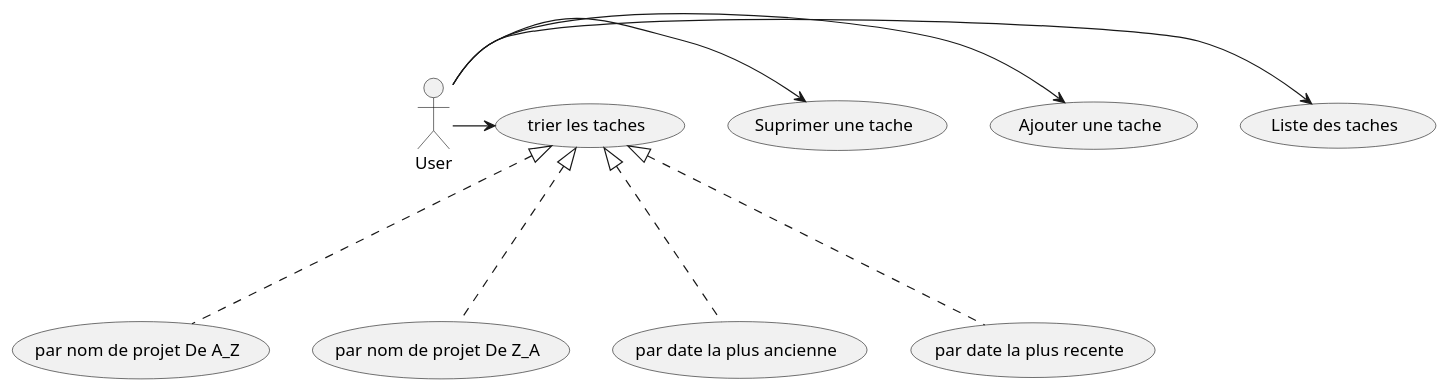
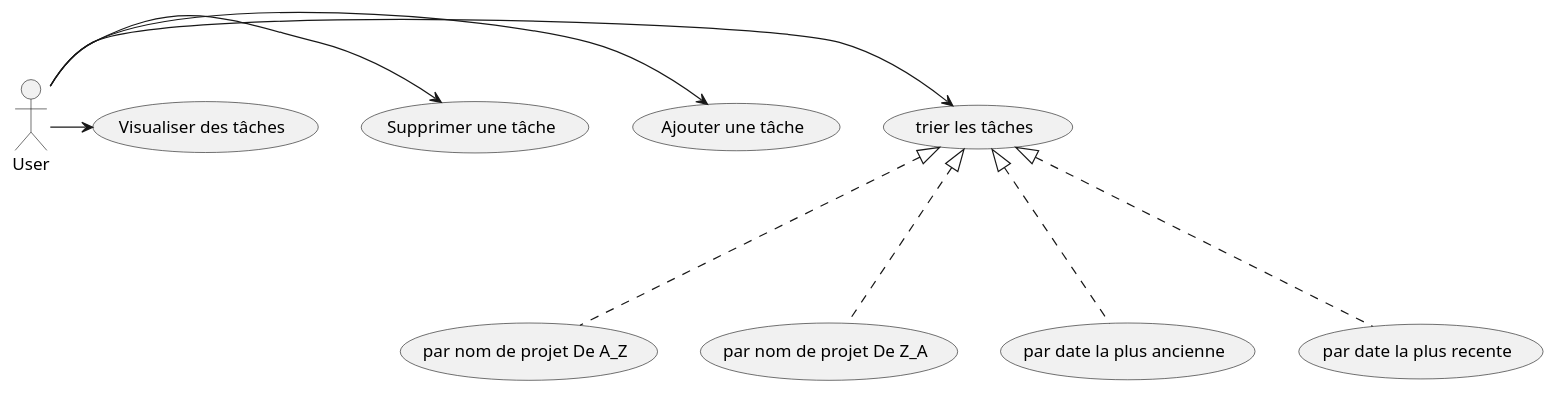
The diagram in app/src/main/java/Case Diagram.puml (sivani88/Todoc), drawn with PlantUML before and after one commit. The commit also changed 6 other files, not shown here.

```diff
--- a/app/src/main/java/Case Diagram.puml
+++ b/app/src/main/java/Case Diagram.puml
@@ -1,19 +1,19 @@
 @startuml
 'https://plantuml.com/use-case-diagram
 
 
 
 
-User -> (Liste des taches)
-User -> (Ajouter une tache)
-User -> (Suprimer une tache)
-User -> (trier les taches)
+User -> (trier les tâches)
+User -> (Ajouter une tâche)
+User -> (Supprimer une tâche)
+User -> (Visualiser des tâches)
 
-(trier les taches)<|...(par nom de projet De A_Z)
-(trier les taches)<|...(par nom de projet De Z_A)
-(trier les taches)<|...(par date la plus ancienne)
-(trier les taches)<|...(par date la plus recente)
+(trier les tâches)<|...(par nom de projet De A_Z)
+(trier les tâches)<|...(par nom de projet De Z_A)
+(trier les tâches)<|...(par date la plus ancienne)
+(trier les tâches)<|...(par date la plus recente)
 
 
 
 @enduml
```
